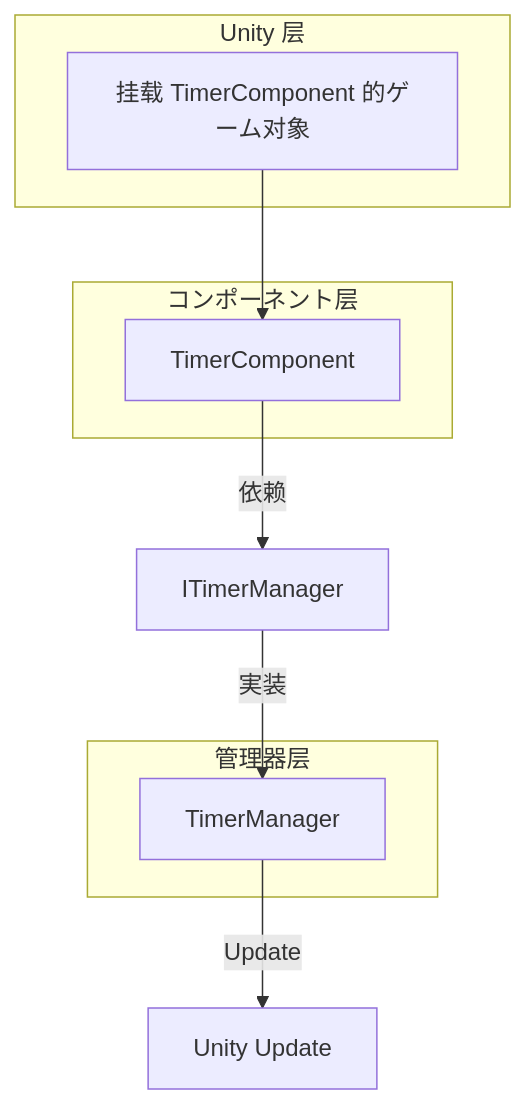
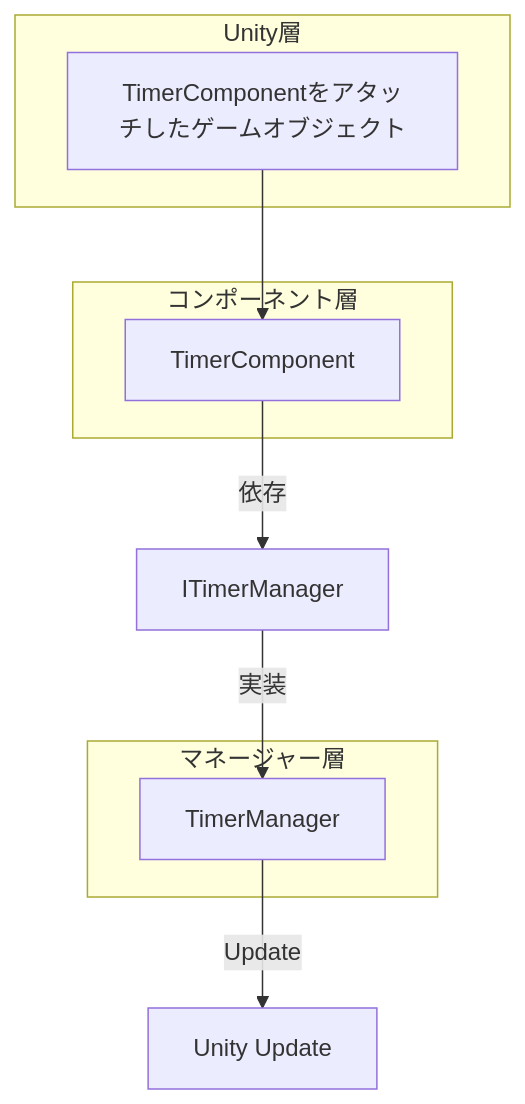
The second of 3 diagrams in docs/ja/client/unity/component/timer/05.timer-component.md (AlianBlank/GameFrameX.Docs), drawn with Mermaid before and after one commit. The commit also changed other lines of this file and 320 other files, not shown here.

````diff
--- a/docs/ja/client/unity/component/timer/05.timer-component.md
+++ b/docs/ja/client/unity/component/timer/05.timer-component.md
@@ -55,20 +55,20 @@
 ```mermaid
 flowchart TD
-    subgraph Unity["Unity 层"]
-        GameObject[挂载 TimerComponent 的ゲーム对象]
+    subgraph Unity["Unity層"]
+        GameObject[TimerComponentをアタッチしたゲームオブジェクト]
     end
-    
-    subgraph Component["コンポーネント层"]
+
+    subgraph Component["コンポーネント層"]
         TC[TimerComponent]
     end
-    
-    subgraph Manager["管理器层"]
+
+    subgraph Manager["マネージャー層"]
         TM[TimerManager]
     end
-    
+
     GameObject --> TC
-    TC -->|依赖| ITM[ITimerManager]
+    TC -->|依存| ITM[ITimerManager]
     ITM -->|実装| TM
-    
+
     TM -->|Update| UnityUpdate[Unity Update]
 ```
````
